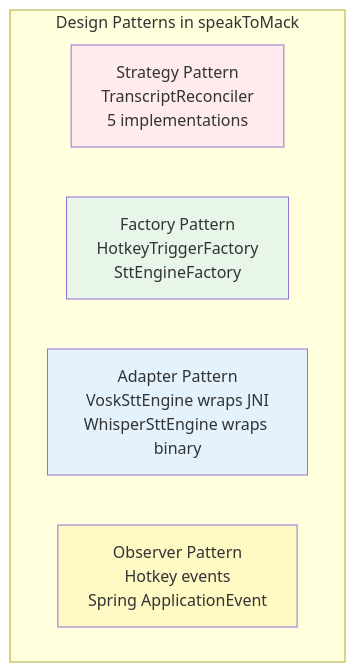
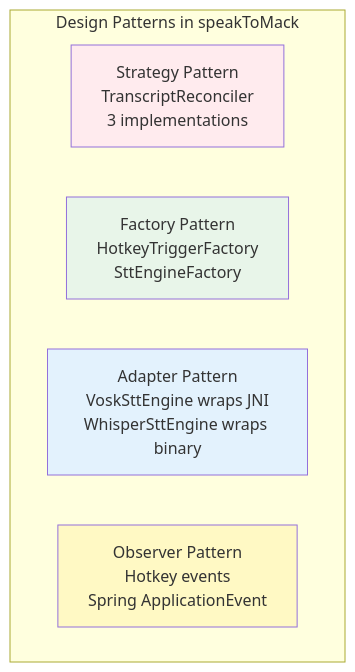
The third of 3 diagrams in docs/diagrams/architecture-overview.md (phillippitts/speakToMack), drawn with Mermaid before and after one commit. The commit also changed other lines of this file and 9 other files, not shown here.

````diff
--- a/docs/diagrams/architecture-overview.md
+++ b/docs/diagrams/architecture-overview.md
@@ -61,14 +56,14 @@
 ```mermaid
 graph TD
     subgraph Patterns["Design Patterns in speakToMack"]
-        Strategy[Strategy Pattern<br/>TranscriptReconciler<br/>5 implementations]
+        Strategy[Strategy Pattern<br/>TranscriptReconciler<br/>3 implementations]
         Factory[Factory Pattern<br/>HotkeyTriggerFactory<br/>SttEngineFactory]
         Adapter[Adapter Pattern<br/>VoskSttEngine wraps JNI<br/>WhisperSttEngine wraps binary]
         Observer[Observer Pattern<br/>Hotkey events<br/>Spring ApplicationEvent]
     end
     
     style Strategy fill:#ffebee
     style Factory fill:#e8f5e9
     style Adapter fill:#e3f2fd
     style Observer fill:#fff9c4
 ```
````
